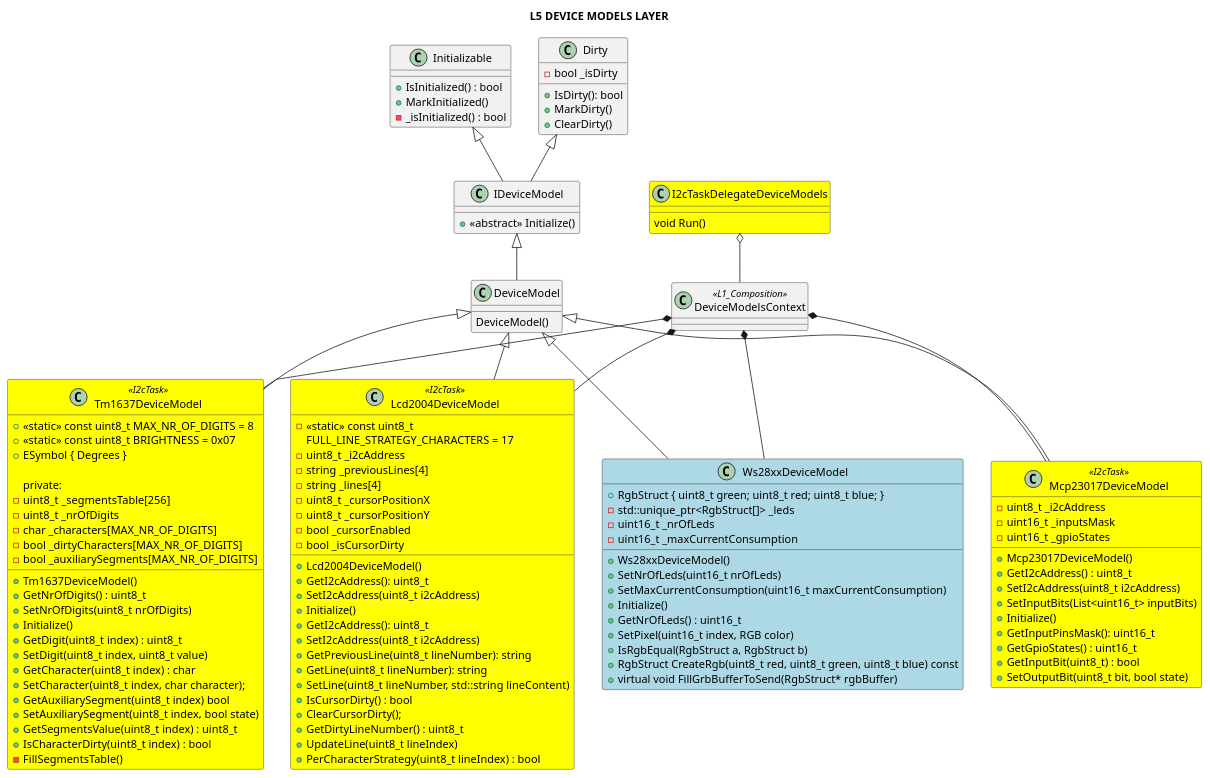
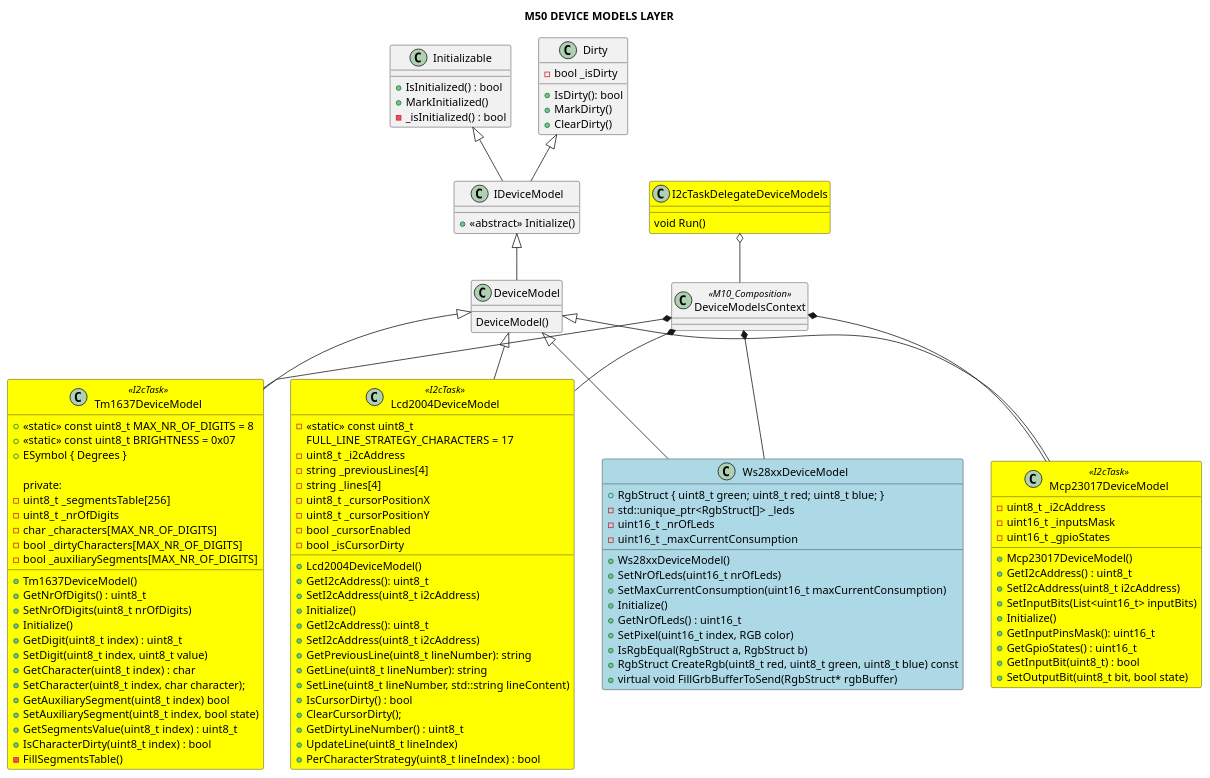
Before and after one commit to michelkeijzers/fraxis: the diagram in Docs/Software Design/Layers/L5_device_models_layer.puml, drawn with PlantUML. The commit also changed 398 other files, not shown here.

```diff
--- a/Docs/Software Design/Layers/L5_device_models_layer.puml
+++ b/Docs/Software Design/Layers/L5_device_models_layer.puml
@@ -1,149 +1,149 @@
 @startuml
 
-title L5 DEVICE MODELS LAYER
+title M50 DEVICE MODELS LAYER
 
 skinparam packageStyle rectangle
 skinparam lineThickness 2
 
-class DeviceModelsContext <<L1_Composition>>
+class DeviceModelsContext <<M10_Composition>>
 {
 }
 
 class Dirty 
 {
     + IsDirty(): bool
     + MarkDirty()
     + ClearDirty()
     - bool _isDirty
 }
 
 class Initializable 
 {
     + IsInitialized() : bool
     + MarkInitialized()
     - _isInitialized() : bool
 }
 
 class IDeviceModel
 {
     + <<abstract>> Initialize()
 }
 
 IDeviceModel -u-|> Dirty
 IDeviceModel -u-|> Initializable
 
 class DeviceModel 
 {
     DeviceModel()
 }
 
 DeviceModel -u-|> IDeviceModel
 
 class Ws28xxDeviceModel #lightblue
 {
     + RgbStruct { uint8_t green; uint8_t red; uint8_t blue; }
     + Ws28xxDeviceModel()
     + SetNrOfLeds(uint16_t nrOfLeds)
     + SetMaxCurrentConsumption(uint16_t maxCurrentConsumption)
     + Initialize()
     + GetNrOfLeds() : uint16_t
     + SetPixel(uint16_t index, RGB color)
     + IsRgbEqual(RgbStruct a, RgbStruct b)
     + RgbStruct CreateRgb(uint8_t red, uint8_t green, uint8_t blue) const
     + virtual void FillGrbBufferToSend(RgbStruct* rgbBuffer)
     - std::unique_ptr<RgbStruct[]> _leds
     - uint16_t _nrOfLeds
     - uint16_t _maxCurrentConsumption
 }
 
 Ws28xxDeviceModel -u-|> DeviceModel
 
 class I2cTaskDelegateDeviceModels #yellow
 {
     void Run()
 }
 
 class Mcp23017DeviceModel <<I2cTask>> #yellow
 {
     + Mcp23017DeviceModel()
     + GetI2cAddress() : uint8_t
     + SetI2cAddress(uint8_t i2cAddress) 
     + SetInputBits(List<uint16_t> inputBits)
     + Initialize()
     + GetInputPinsMask(): uint16_t
     + GetGpioStates() : uint16_t
     + GetInputBit(uint8_t) : bool 
     + SetOutputBit(uint8_t bit, bool state)
     - uint8_t _i2cAddress
     - uint16_t _inputsMask
     - uint16_t _gpioStates
 }
 
 Mcp23017DeviceModel -u-|> DeviceModel
 
 class Tm1637DeviceModel <<I2cTask>> #yellow
 {
     + <<static>> const uint8_t MAX_NR_OF_DIGITS = 8
     + <<static>> const uint8_t BRIGHTNESS = 0x07
     + ESymbol { Degrees } 
     + Tm1637DeviceModel()
     + GetNrOfDigits() : uint8_t
     + SetNrOfDigits(uint8_t nrOfDigits)
     + Initialize()
     + GetDigit(uint8_t index) : uint8_t
     + SetDigit(uint8_t index, uint8_t value)
     + GetCharacter(uint8_t index) : char
     + SetCharacter(uint8_t index, char character);
     + GetAuxiliarySegment(uint8_t index) bool
     + SetAuxiliarySegment(uint8_t index, bool state)
     + GetSegmentsValue(uint8_t index) : uint8_t
     + IsCharacterDirty(uint8_t index) : bool
 
 private:
     - uint8_t _segmentsTable[256]
     - uint8_t _nrOfDigits
     - char _characters[MAX_NR_OF_DIGITS]
     - bool _dirtyCharacters[MAX_NR_OF_DIGITS]
     - bool _auxiliarySegments[MAX_NR_OF_DIGITS]
     - FillSegmentsTable()
 }
 
 Tm1637DeviceModel -u-|> DeviceModel
 
 class Lcd2004DeviceModel <<I2cTask>> #yellow
 {
     + Lcd2004DeviceModel()
     + GetI2cAddress(): uint8_t
     + SetI2cAddress(uint8_t i2cAddress)
     + Initialize()
     + GetI2cAddress(): uint8_t
     + SetI2cAddress(uint8_t i2cAddress) 
     + GetPreviousLine(uint8_t lineNumber): string
     + GetLine(uint8_t lineNumber): string
     + SetLine(uint8_t lineNumber, std::string lineContent)
     + IsCursorDirty() : bool
     + ClearCursorDirty();
     + GetDirtyLineNumber() : uint8_t
     + UpdateLine(uint8_t lineIndex)
     + PerCharacterStrategy(uint8_t lineIndex) : bool
     - <<static>> const uint8_t
         FULL_LINE_STRATEGY_CHARACTERS = 17
     - uint8_t _i2cAddress
     - string _previousLines[4]
     - string _lines[4]
     - uint8_t _cursorPositionX
     - uint8_t _cursorPositionY
     - bool _cursorEnabled
     - bool _isCursorDirty
 }
 
 Lcd2004DeviceModel -u-|> DeviceModel
 
 DeviceModelsContext *-- Ws28xxDeviceModel
 DeviceModelsContext *-- Mcp23017DeviceModel
 DeviceModelsContext *-- Tm1637DeviceModel
 DeviceModelsContext *-- Lcd2004DeviceModel
 
 I2cTaskDelegateDeviceModels o-- DeviceModelsContext
 
 @enduml
```
